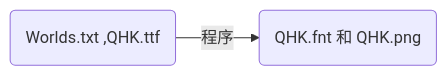
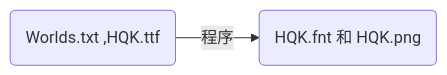
The diagram in README.md (mygodxin/build-bmfont), drawn with Mermaid before and after one commit. The commit also changed other lines of this file, not shown here.

````diff
--- a/README.md
+++ b/README.md
@@ -24,4 +25,4 @@
 ```mermaid
 	graph LR
-	A(Worlds.txt ,QHK.ttf)-- 程序 --> C(QHK.fnt 和 QHK.png)
+	A(Worlds.txt ,HQK.ttf)-- 程序 --> C(HQK.fnt 和 HQK.png)
 ```
````
